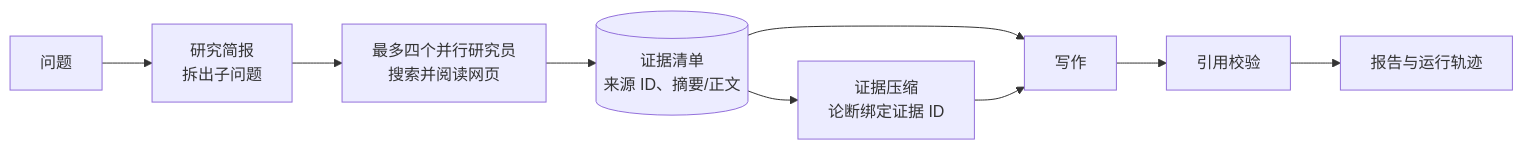
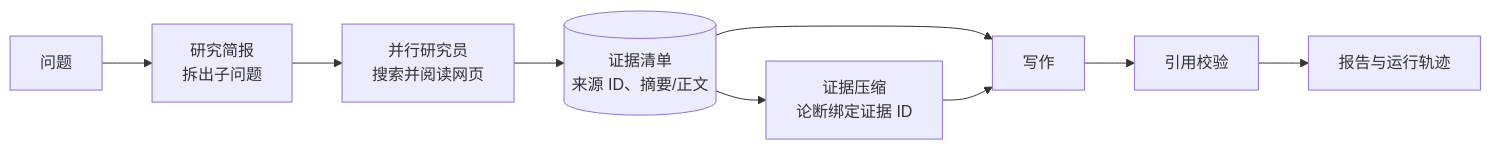
The diagram in README.md (huichimegumi/deepsearch-agents), drawn with Mermaid before and after one commit. The commit also changed other lines of this file, not shown here.

````diff
--- a/README.md
+++ b/README.md
@@ -25,11 +25,11 @@
 ```mermaid
 flowchart LR
     Q[问题] --> B[研究简报<br/>拆出子问题]
-    B --> P[最多四个并行研究员<br/>搜索并阅读网页]
+    B --> P[并行研究员<br/>搜索并阅读网页]
     P --> E[(证据清单<br/>来源 ID、摘要/正文)]
     E --> C[证据压缩<br/>论断绑定证据 ID]
     E --> W[写作]
     C --> W
     W --> V[引用校验]
     V --> O[报告与运行轨迹]
 ```
````
